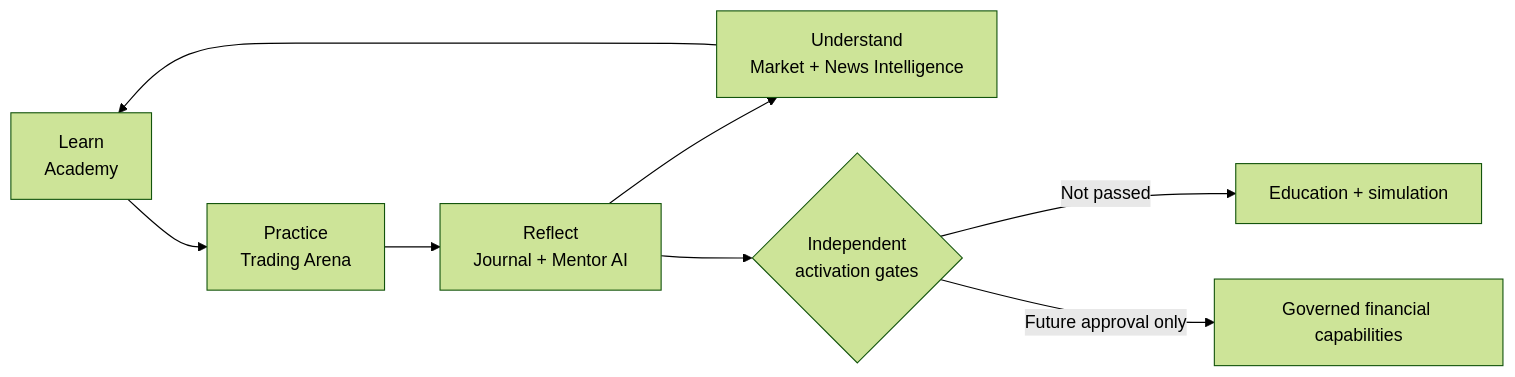
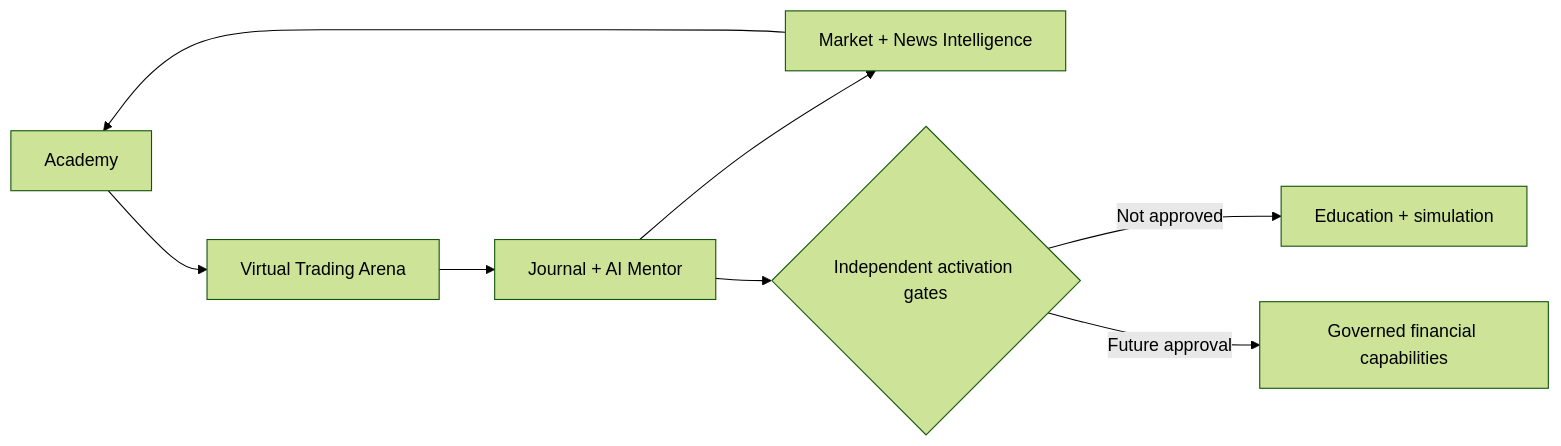
One commit to tecpey/Tecpey-Os changed the diagram in README.md. Above: the diagram before and after it, drawn with Mermaid (forest theme). The commit also changed other lines of this file, not shown here.

````diff
--- a/README.md
+++ b/README.md
@@ -28,10 +59,10 @@
 ```mermaid
 flowchart LR
-    A[Learn\nAcademy] --> B[Practice\nTrading Arena]
-    B --> C[Reflect\nJournal + Mentor AI]
-    C --> D[Understand\nMarket + News Intelligence]
+    A[Academy] --> B[Virtual Trading Arena]
+    B --> C[Journal + AI Mentor]
+    C --> D[Market + News Intelligence]
     D --> A
-    C --> E{Independent\nactivation gates}
-    E -->|Not passed| F[Education + simulation]
-    E -->|Future approval only| G[Governed financial capabilities]
+    C --> E{Independent activation gates}
+    E -->|Not approved| F[Education + simulation]
+    E -->|Future approval| G[Governed financial capabilities]
 ```
````
